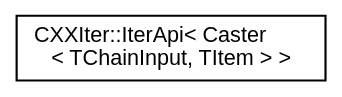
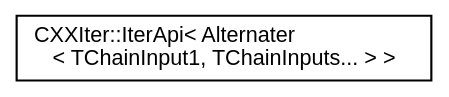
The diagram in inherit_graph_0.dot (seijikun/CXXIter), drawn with Graphviz before and after one commit. The commit also changed 54 other files, not shown here.

```diff
--- a/inherit_graph_0.dot
+++ b/inherit_graph_0.dot
@@ -1,10 +1,10 @@
 digraph "Graphical Class Hierarchy"
 {
  // INTERACTIVE_SVG=YES
  // LATEX_PDF_SIZE
   bgcolor="transparent";
   edge [fontname="Helvetica",fontsize="10",labelfontname="Helvetica",labelfontsize="10"];
   node [fontname="Helvetica",fontsize="10",shape=record];
   rankdir="LR";
-  Node0 [label="CXXIter::IterApi\< Caster\l\< TChainInput, TItem \> \>",height=0.2,width=0.4,color="black",URL="$classCXXIter_1_1IterApi.html",tooltip=" "];
+  Node0 [label="CXXIter::IterApi\< Alternater\l\< TChainInput1, TChainInputs... \> \>",height=0.2,width=0.4,color="black",URL="$classCXXIter_1_1IterApi.html",tooltip=" "];
 }
```
